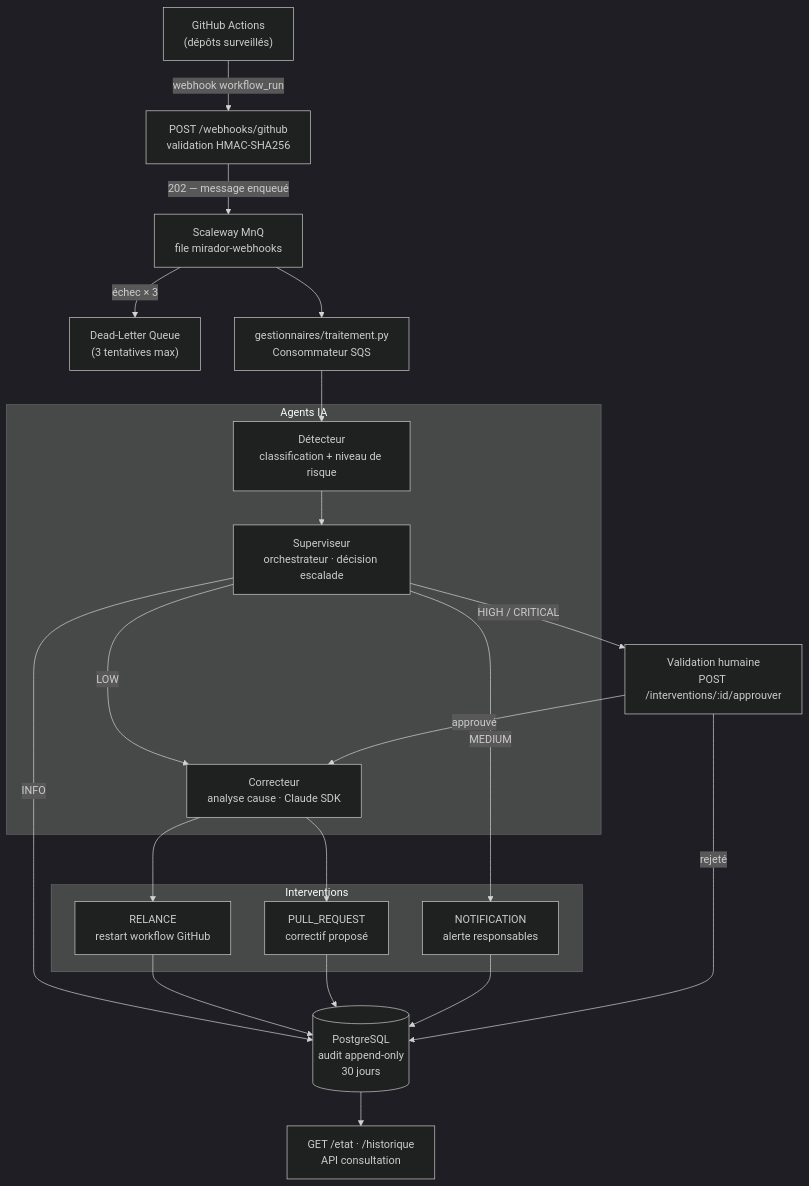
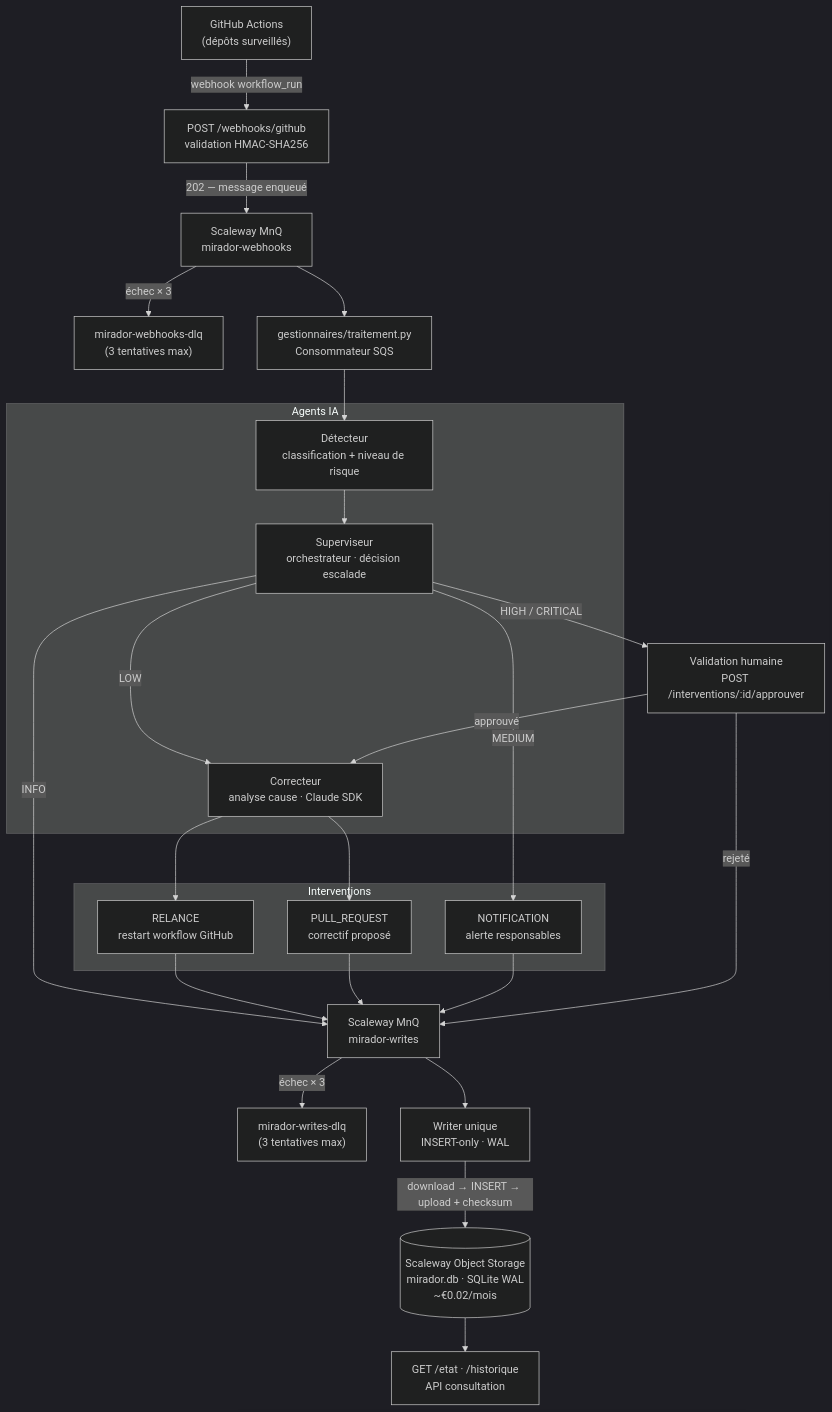
One commit to aboigues/mirador changed the diagram in README.md. Above: the diagram before and after it, drawn with Mermaid (dark theme). The commit also changed other lines of this file and 3 other files, not shown here.

First line of the commit message:
docs: remplace PostgreSQL par SQLite + bucket Scaleway + queue mirador-writes

````diff
--- a/README.md
+++ b/README.md
@@ -11,43 +11,49 @@
 ```mermaid
 flowchart TD
     GH["GitHub Actions\n(dépôts surveillés)"]
     WH["POST /webhooks/github\nvalidation HMAC-SHA256"]
-    MNQ["Scaleway MnQ\nfile mirador-webhooks"]
-    DLQ["Dead-Letter Queue\n(3 tentatives max)"]
+    MNQ["Scaleway MnQ\nmirador-webhooks"]
+    DLQ1["mirador-webhooks-dlq\n(3 tentatives max)"]
     TRAIT["gestionnaires/traitement.py\nConsommateur SQS"]
 
     subgraph Agents["Agents IA"]
         DET["Détecteur\nclassification + niveau de risque"]
         CORR["Correcteur\nanalyse cause · Claude SDK"]
         SUP["Superviseur\norchestrateur · décision escalade"]
     end
 
     subgraph Actions["Interventions"]
         RELANCE["RELANCE\nrestart workflow GitHub"]
         PR["PULL_REQUEST\ncorrectif proposé"]
         NOTIF["NOTIFICATION\nalerte responsables"]
     end
 
-    PG[("PostgreSQL\naudit append-only\n30 jours")]
+    WQUEUE["Scaleway MnQ\nmirador-writes"]
+    DLQ2["mirador-writes-dlq\n(3 tentatives max)"]
+    WRITER["Writer unique\nINSERT-only · WAL"]
+    BUCKET[("Scaleway Object Storage\nmirador.db · SQLite WAL\n~€0.02/mois")]
     API["GET /etat · /historique\nAPI consultation"]
     HUMAIN["Validation humaine\nPOST /interventions/:id/approuver"]
 
     GH -->|"webhook workflow_run"| WH
     WH -->|"202 — message enqueué"| MNQ
-    MNQ -->|"échec × 3"| DLQ
+    MNQ -->|"échec × 3"| DLQ1
     MNQ --> TRAIT
     TRAIT --> DET
     DET --> SUP
-    SUP -->|"INFO"| PG
+    SUP -->|"INFO"| WQUEUE
     SUP -->|"LOW"| CORR
     SUP -->|"MEDIUM"| NOTIF
     SUP -->|"HIGH / CRITICAL"| HUMAIN
     CORR --> RELANCE
     CORR --> PR
-    RELANCE --> PG
-    PR --> PG
-    NOTIF --> PG
+    RELANCE --> WQUEUE
+    PR --> WQUEUE
+    NOTIF --> WQUEUE
     HUMAIN -->|"approuvé"| CORR
-    HUMAIN -->|"rejeté"| PG
-    PG --> API
+    HUMAIN -->|"rejeté"| WQUEUE
+    WQUEUE -->|"échec × 3"| DLQ2
+    WQUEUE --> WRITER
+    WRITER -->|"download → INSERT → upload + checksum"| BUCKET
+    BUCKET --> API
 ```
````
